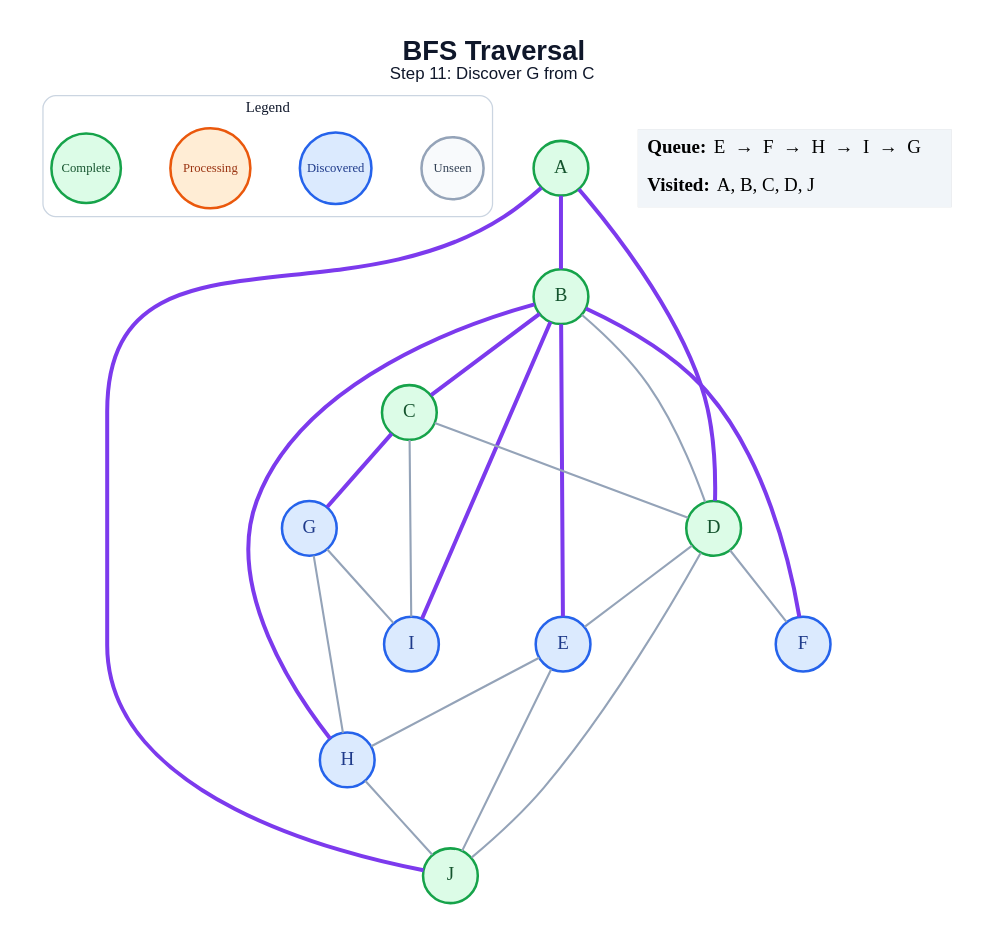
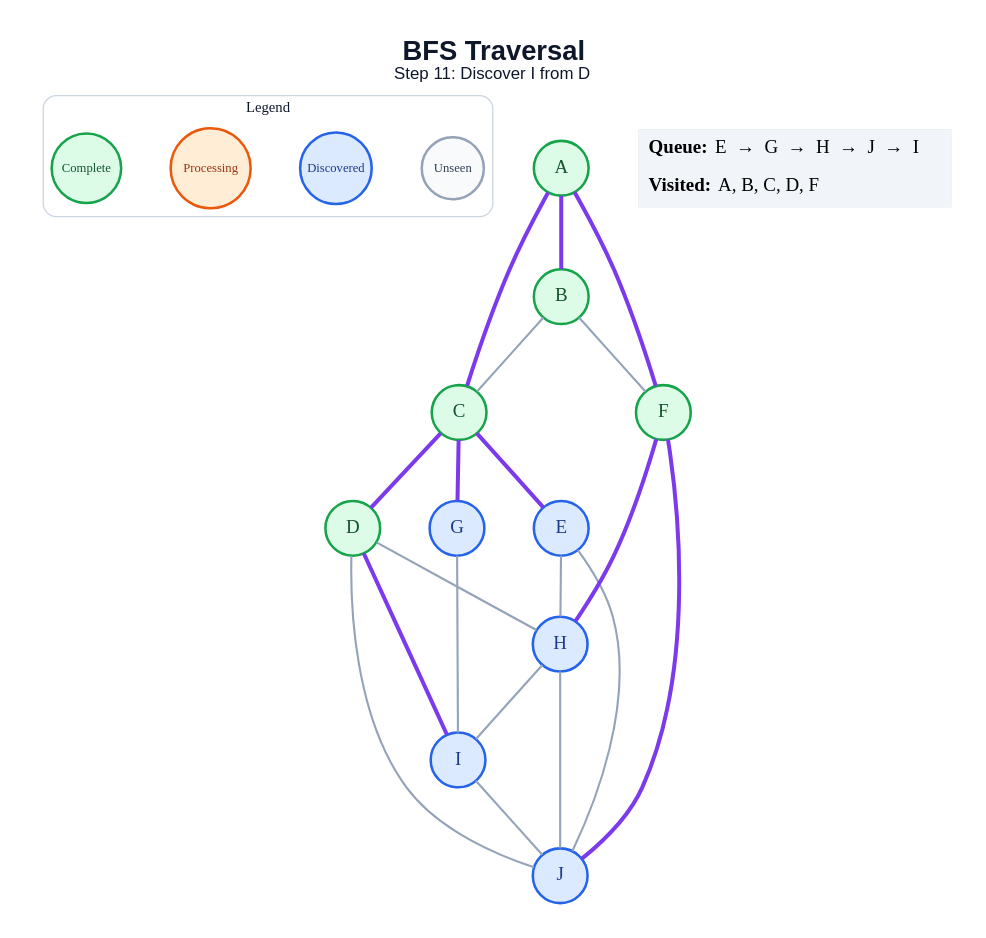
One commit to amanghodawala9/ai-slop changed the diagram in generated/bfs/step_11.dot. Above: the diagram before and after it, drawn with Graphviz. The commit also changed 178 other files, not shown here.

```diff
--- a/generated/bfs/step_11.dot
+++ b/generated/bfs/step_11.dot
@@ -1,49 +1,48 @@
 graph traversal {
   graph [layout=dot, rankdir=TB, bgcolor="#FFFFFF", pad="0.35", nodesep="0.65", ranksep="0.8", fontname="Arial"];
   node [shape=circle, style="filled", fontname="Arial Bold", fontsize=18, width=0.72, fixedsize=true, penwidth=2.4];
   edge [color="#94A3B8", penwidth=2.0];
-  label=<<B>BFS Traversal</B><BR/><FONT POINT-SIZE="16">Step 11: Discover G from C</FONT>>; labelloc="t"; fontsize=26; fontname="Arial"; fontcolor="#0F172A";
+  label=<<B>BFS Traversal</B><BR/><FONT POINT-SIZE="16">Step 11: Discover I from D</FONT>>; labelloc="t"; fontsize=26; fontname="Arial"; fontcolor="#0F172A";
   subgraph cluster_legend { label="Legend"; color="#CBD5E1"; penwidth=1.2; style="rounded"; fontsize=14; fontname="Arial Bold";
     key_unseen [label="Unseen", fillcolor="#F8FAFC", color="#94A3B8", fontcolor="#334155", fontsize=12, width=0.82];
     key_frontier [label="Discovered", fillcolor="#DBEAFE", color="#2563EB", fontcolor="#1E3A8A", fontsize=12, width=0.95];
     key_current [label="Processing", fillcolor="#FFEDD5", color="#EA580C", fontcolor="#9A3412", fontsize=12, width=1.05];
     key_done [label="Complete", fillcolor="#DCFCE7", color="#16A34A", fontcolor="#14532D", fontsize=12, width=0.92];
     { rank=same; key_unseen; key_frontier; key_current; key_done; }
   }
   A [fillcolor="#DCFCE7", color="#16A34A", fontcolor="#14532D"];
   B [fillcolor="#DCFCE7", color="#16A34A", fontcolor="#14532D"];
   C [fillcolor="#DCFCE7", color="#16A34A", fontcolor="#14532D"];
   D [fillcolor="#DCFCE7", color="#16A34A", fontcolor="#14532D"];
   E [fillcolor="#DBEAFE", color="#2563EB", fontcolor="#1E3A8A"];
-  F [fillcolor="#DBEAFE", color="#2563EB", fontcolor="#1E3A8A"];
+  F [fillcolor="#DCFCE7", color="#16A34A", fontcolor="#14532D"];
   G [fillcolor="#DBEAFE", color="#2563EB", fontcolor="#1E3A8A"];
   H [fillcolor="#DBEAFE", color="#2563EB", fontcolor="#1E3A8A"];
   I [fillcolor="#DBEAFE", color="#2563EB", fontcolor="#1E3A8A"];
-  J [fillcolor="#DCFCE7", color="#16A34A", fontcolor="#14532D"];
+  J [fillcolor="#DBEAFE", color="#2563EB", fontcolor="#1E3A8A"];
   A -- B [color="#7C3AED", penwidth=3.8];
-  A -- D [color="#7C3AED", penwidth=3.8];
-  A -- J [color="#7C3AED", penwidth=3.8];
-  B -- C [color="#7C3AED", penwidth=3.8];
-  B -- D;
-  B -- E [color="#7C3AED", penwidth=3.8];
-  B -- F [color="#7C3AED", penwidth=3.8];
-  B -- H [color="#7C3AED", penwidth=3.8];
-  B -- I [color="#7C3AED", penwidth=3.8];
-  C -- D;
+  A -- C [color="#7C3AED", penwidth=3.8];
+  A -- F [color="#7C3AED", penwidth=3.8];
+  B -- C;
+  B -- F;
+  C -- D [color="#7C3AED", penwidth=3.8];
+  C -- E [color="#7C3AED", penwidth=3.8];
   C -- G [color="#7C3AED", penwidth=3.8];
-  C -- I;
-  D -- E;
-  D -- F;
+  D -- H;
+  D -- I [color="#7C3AED", penwidth=3.8];
   D -- J;
   E -- H;
   E -- J;
-  G -- H;
+  F -- H [color="#7C3AED", penwidth=3.8];
+  F -- J [color="#7C3AED", penwidth=3.8];
   G -- I;
+  H -- I;
   H -- J;
+  I -- J;
   status [shape=plain, fixedsize=false, width=0, height=0, margin=0, label=<
     <TABLE BORDER="0" CELLBORDER="0" CELLPADDING="7" BGCOLOR="#F1F5F9">
-      <TR><TD ALIGN="LEFT"><B>Queue:</B> E  →  F  →  H  →  I  →  G</TD></TR>
-      <TR><TD ALIGN="LEFT"><B>Visited:</B> A, B, C, D, J</TD></TR>
+      <TR><TD ALIGN="LEFT"><B>Queue:</B> E  →  G  →  H  →  J  →  I</TD></TR>
+      <TR><TD ALIGN="LEFT"><B>Visited:</B> A, B, C, D, F</TD></TR>
     </TABLE>
   >];
 }
```
